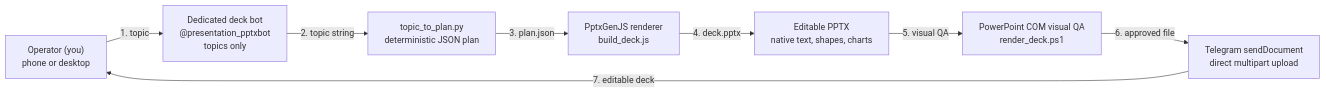
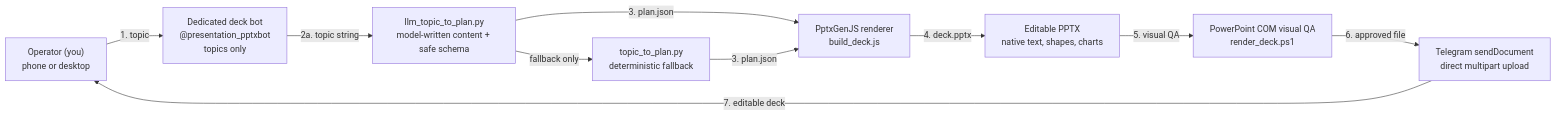
The diagram in docs/architecture.md (AliQaribli/pptx-automation), drawn with Mermaid before and after one commit. The commit also changed other lines of this file and 7 other files, not shown here.

````diff
--- a/docs/architecture.md
+++ b/docs/architecture.md
@@ -7,18 +7,21 @@
 ```mermaid
 flowchart LR
     U["Operator (you)<br/>phone or desktop"]
     B["Dedicated deck bot<br/>@presentation_pptxbot<br/>topics only"]
-    P["topic_to_plan.py<br/>deterministic JSON plan"]
+    P["llm_topic_to_plan.py<br/>model-written content + safe schema"]
+    S["topic_to_plan.py<br/>deterministic fallback"]
     R["PptxGenJS renderer<br/>build_deck.js"]
     Q["PowerPoint COM visual QA<br/>render_deck.ps1"]
     F["Editable PPTX<br/>native text, shapes, charts"]
     D["Telegram sendDocument<br/>direct multipart upload"]
 
     U -->|"1. topic"| B
-    B -->|"2. topic string"| P
+    B -->|"2a. topic string"| P
+    P -->|"fallback only"| S
     P -->|"3. plan.json"| R
+    S -->|"3. plan.json"| R
     R -->|"4. deck.pptx"| F
     F -->|"5. visual QA"| Q
     Q -->|"6. approved file"| D
     D -->|"7. editable deck"| U
 ```
````
